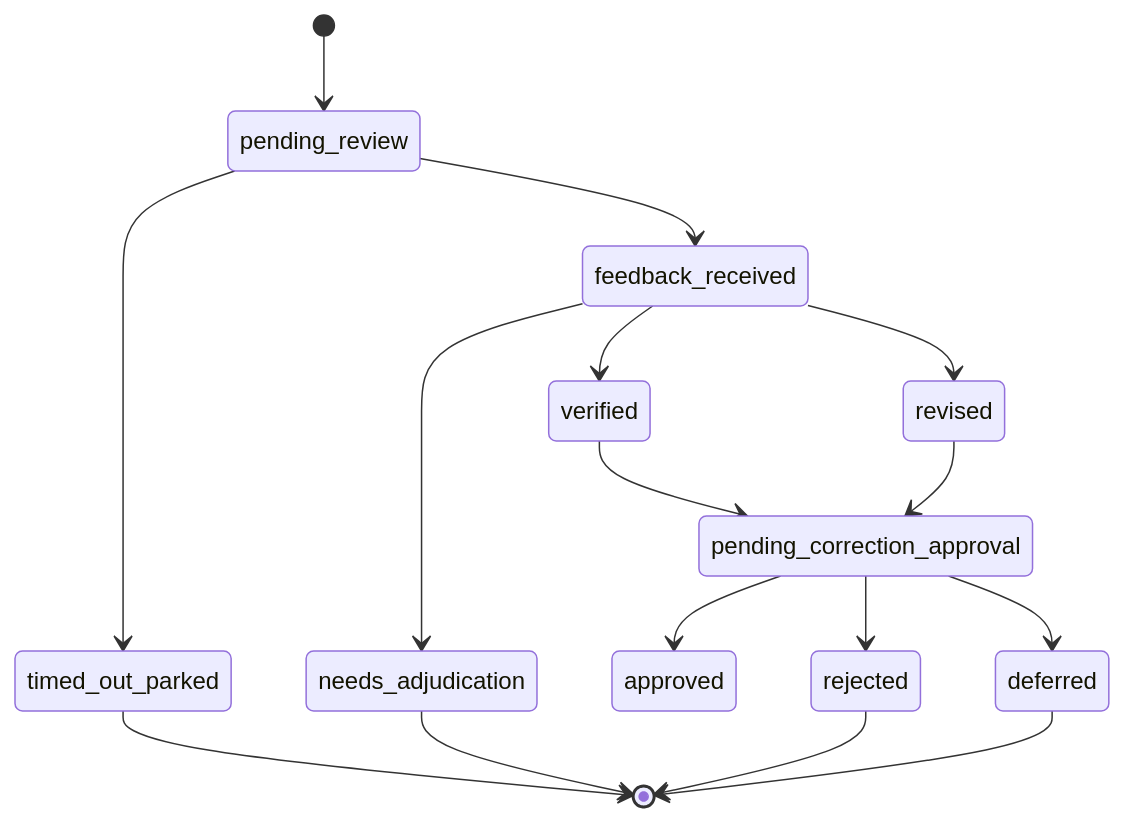
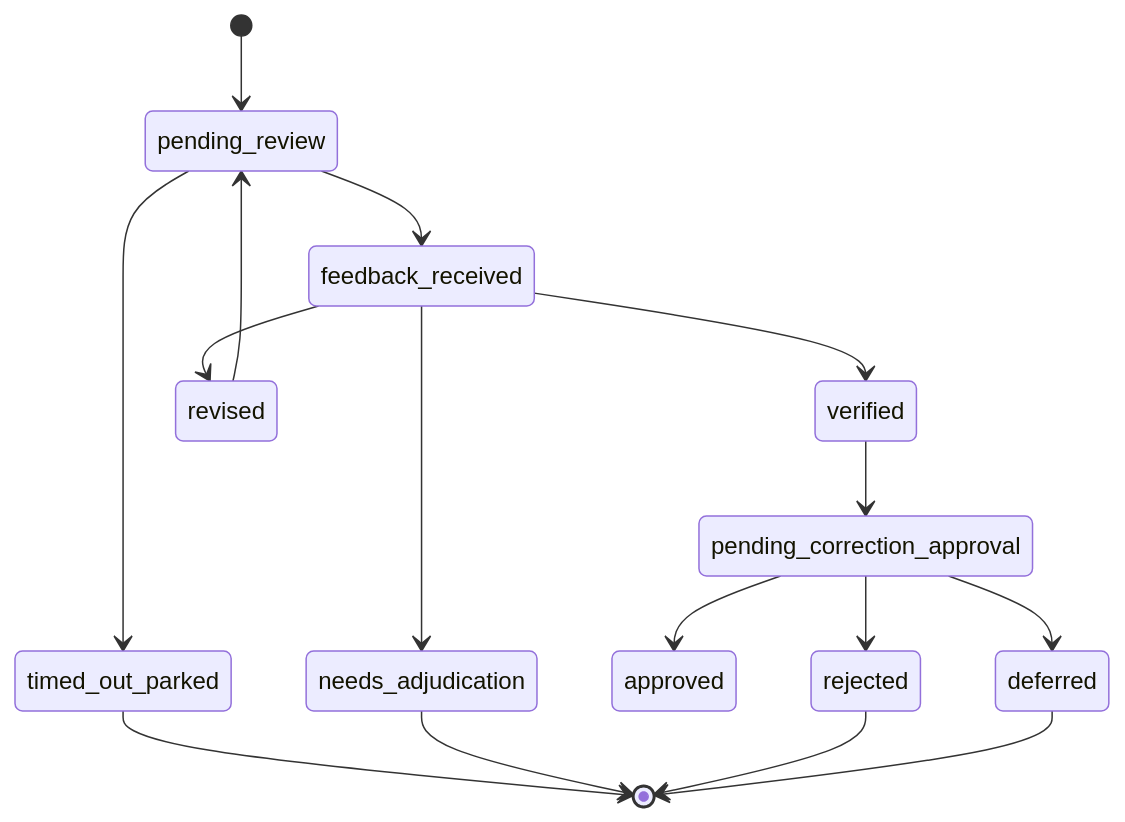
One commit to AliHamed17/Vego-Ai changed the second of 2 diagrams in docs/research/hardening/UNIFIED_RUNTIME_ARCHITECTURE.md. Above: the diagram before and after it, drawn with Mermaid. The commit also changed 6 other files, not shown here.

````diff
--- a/docs/research/hardening/UNIFIED_RUNTIME_ARCHITECTURE.md
+++ b/docs/research/hardening/UNIFIED_RUNTIME_ARCHITECTURE.md
@@ -57,18 +57,18 @@
 ```mermaid
 stateDiagram-v2
     [*] --> pending_review
     pending_review --> feedback_received
     pending_review --> timed_out_parked
     feedback_received --> verified
     feedback_received --> revised
     feedback_received --> needs_adjudication
     verified --> pending_correction_approval
-    revised --> pending_correction_approval
+    revised --> pending_review
     pending_correction_approval --> approved
     pending_correction_approval --> rejected
     pending_correction_approval --> deferred
     timed_out_parked --> [*]
     needs_adjudication --> [*]
     rejected --> [*]
     deferred --> [*]
 ```
````
